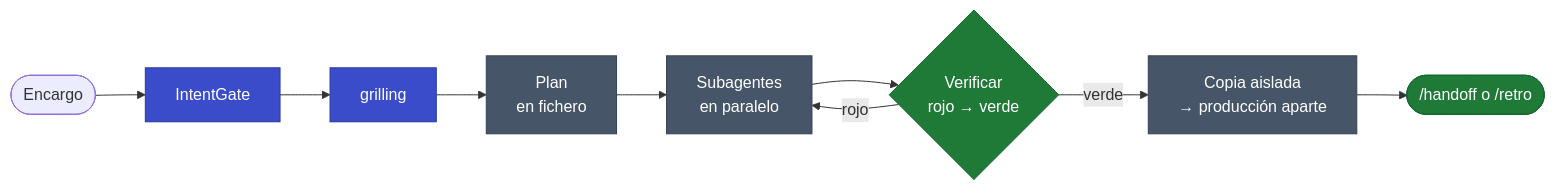
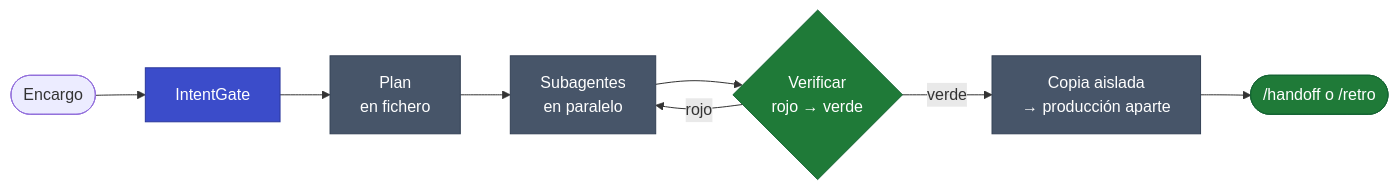
Before and after one commit to manuelcozar55/setup-claude-code: the third of 7 diagrams in README.md, drawn with Mermaid. The commit also changed other lines of this file and 10 other files, not shown here.

````diff
--- a/README.md
+++ b/README.md
@@ -164,18 +164,17 @@
 ```mermaid
 flowchart LR
     A(["Encargo"]) --> B["IntentGate"]
-    B --> C["grilling"]
-    C --> D["Plan<br/>en fichero"]
+    B --> D["Plan<br/>en fichero"]
     D --> E["Subagentes<br/>en paralelo"]
     E --> F{"Verificar<br/>rojo → verde"}
     F -->|"rojo"| E
     F -->|"verde"| G["Copia aislada<br/>→ producción aparte"]
     G --> H(["/handoff o /retro"])
 
     classDef gate fill:#3B4CCA,stroke:#2A379B,color:#FFFFFF
     classDef work fill:#475569,stroke:#334155,color:#FFFFFF
     classDef ok fill:#1F7A38,stroke:#166534,color:#FFFFFF
     class B,C gate
     class D,E,G work
     class F,H ok
 ```
````
